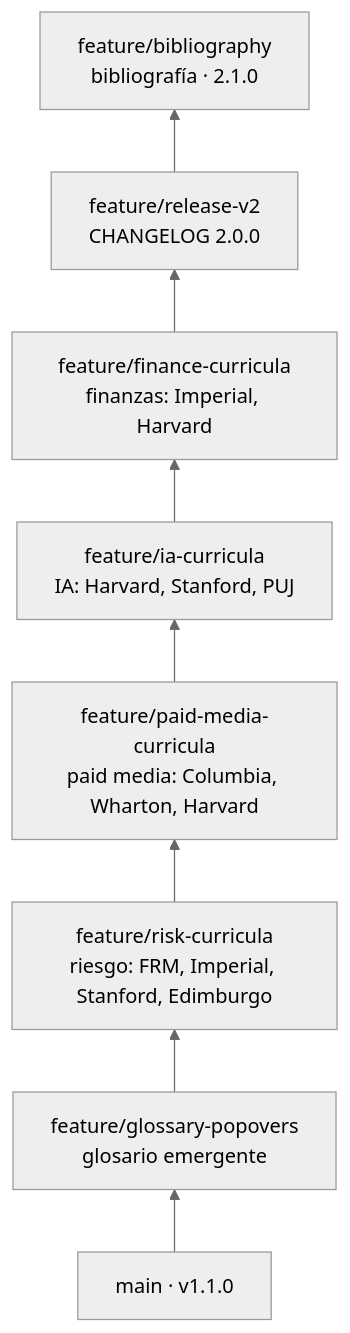
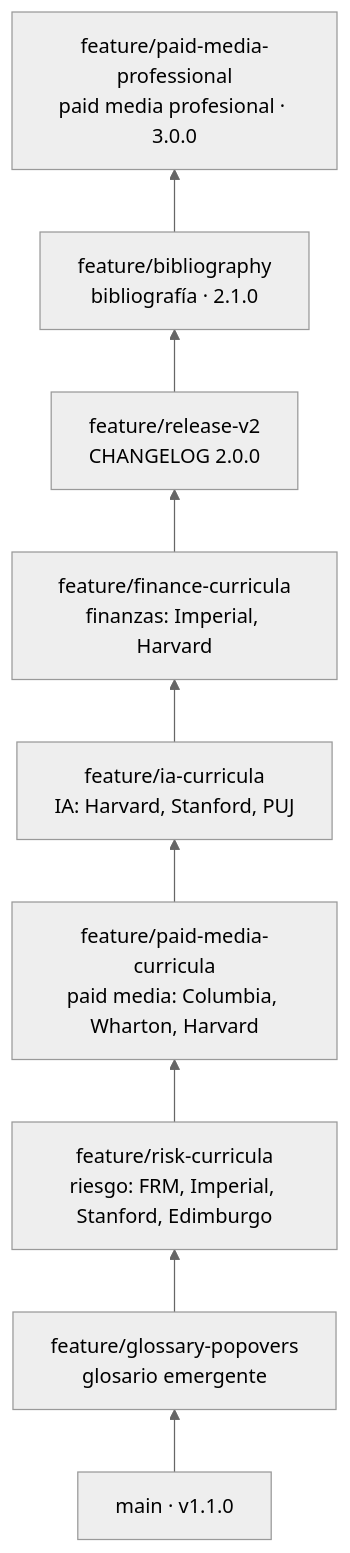
The diagram in docs/PUBLICAR.md (neiderolaya26/learning), drawn with Mermaid (neutral theme) before and after one commit. The commit also changed other lines of this file and 5 other files, not shown here.

First line of the commit message:
feat(paid-media)!: ♻️ rewrite paid media path as a professional curriculum (#8)

````diff
--- a/docs/PUBLICAR.md
+++ b/docs/PUBLICAR.md
@@ -7,10 +7,11 @@
 ```mermaid
 flowchart BT
   M["main · v1.1.0"] --> A["feature/glossary-popovers<br/>glosario emergente"]
   A --> B["feature/risk-curricula<br/>riesgo: FRM, Imperial, Stanford, Edimburgo"]
   B --> C["feature/paid-media-curricula<br/>paid media: Columbia, Wharton, Harvard"]
   C --> D["feature/ia-curricula<br/>IA: Harvard, Stanford, PUJ"]
   D --> E["feature/finance-curricula<br/>finanzas: Imperial, Harvard"]
   E --> F["feature/release-v2<br/>CHANGELOG 2.0.0"]
   F --> G["feature/bibliography<br/>bibliografía · 2.1.0"]
+  G --> H["feature/paid-media-professional<br/>paid media profesional · 3.0.0"]
 ```
````
